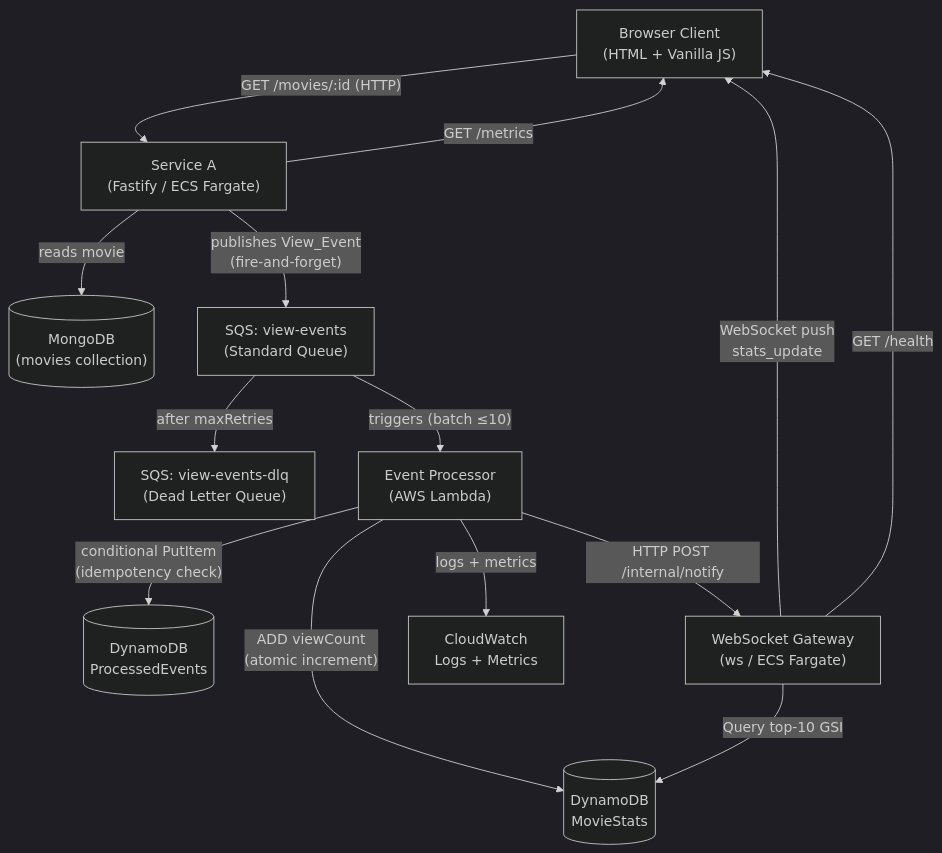
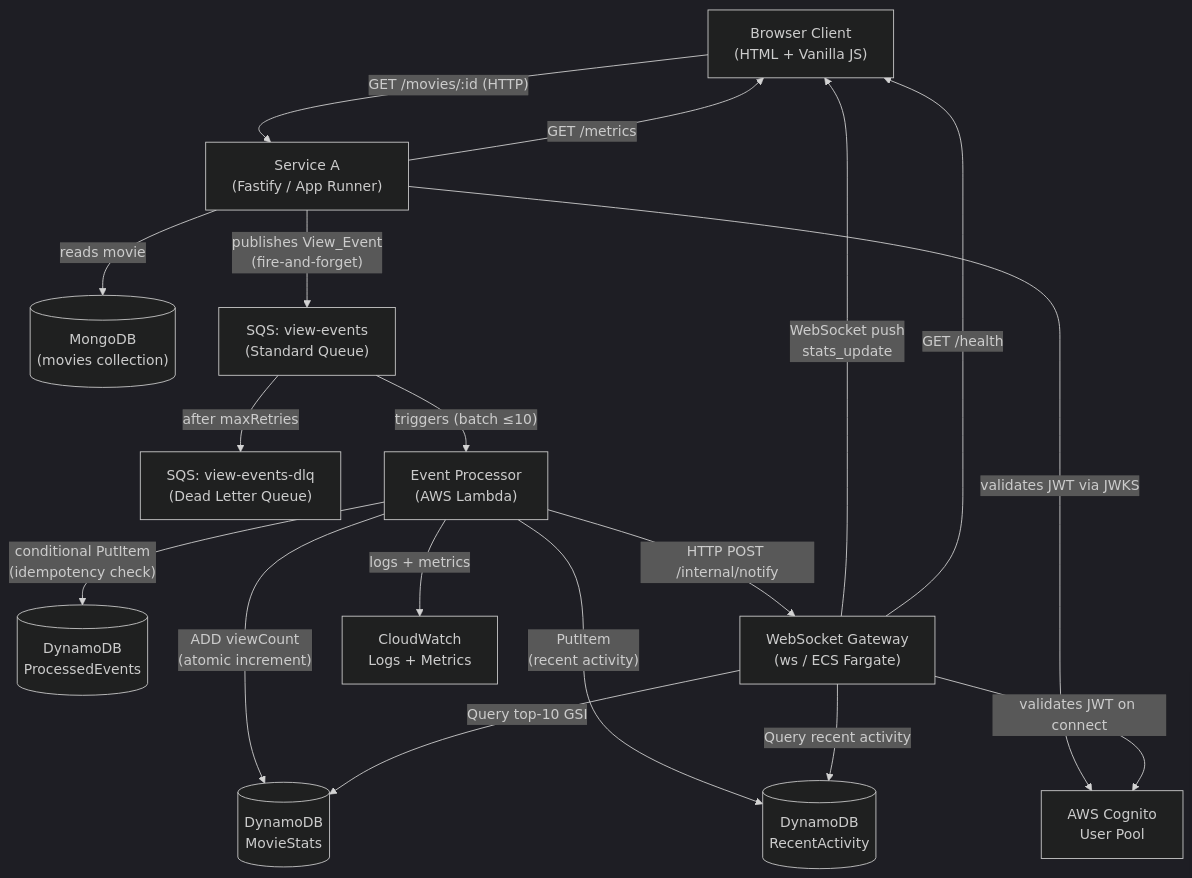
One commit to LauraC360/PCD_CloudProject_CHIRIAC_BINDIU changed the first of 2 diagrams in .kiro/specs/realtime-analytics-dashboard/design.md. Above: the diagram before and after it, drawn with Mermaid (dark theme). The commit also changed other lines of this file, not shown here.

````diff
--- a/.kiro/specs/realtime-analytics-dashboard/design.md
+++ b/.kiro/specs/realtime-analytics-dashboard/design.md
@@ -84,27 +85,33 @@
 ```mermaid
 graph TD
     Client["Browser Client\n(HTML + Vanilla JS)"]
-    ServiceA["Service A\n(Fastify / ECS Fargate)"]
+    ServiceA["Service A\n(Fastify / App Runner)"]
     MongoDB[("MongoDB\n(movies collection)")]
     SQS1["SQS: view-events\n(Standard Queue)"]
     DLQ["SQS: view-events-dlq\n(Dead Letter Queue)"]
     Lambda["Event Processor\n(AWS Lambda)"]
     DDB_Stats[("DynamoDB\nMovieStats")]
+    DDB_RecentActivity[("DynamoDB\nRecentActivity")]
     DDB_Idempotency[("DynamoDB\nProcessedEvents")]
     Gateway["WebSocket Gateway\n(ws / ECS Fargate)"]
     CW["CloudWatch\nLogs + Metrics"]
+    Cognito["AWS Cognito\nUser Pool"]
 
     Client -- "GET /movies/:id (HTTP)" --> ServiceA
     ServiceA -- "reads movie" --> MongoDB
     ServiceA -- "publishes View_Event\n(fire-and-forget)" --> SQS1
+    ServiceA -- "validates JWT via JWKS" --> Cognito
     SQS1 -- "triggers (batch ≤10)" --> Lambda
     SQS1 -- "after maxRetries" --> DLQ
     Lambda -- "conditional PutItem\n(idempotency check)" --> DDB_Idempotency
     Lambda -- "ADD viewCount\n(atomic increment)" --> DDB_Stats
+    Lambda -- "PutItem\n(recent activity)" --> DDB_RecentActivity
     Lambda -- "HTTP POST /internal/notify" --> Gateway
     Lambda -- "logs + metrics" --> CW
     Gateway -- "Query top-10 GSI" --> DDB_Stats
+    Gateway -- "Query recent activity" --> DDB_RecentActivity
+    Gateway -- "validates JWT on connect" --> Cognito
     Gateway -- "WebSocket push\nstats_update" --> Client
     Gateway -- "GET /health" --> Client
     ServiceA -- "GET /metrics" --> Client
 ```
````
